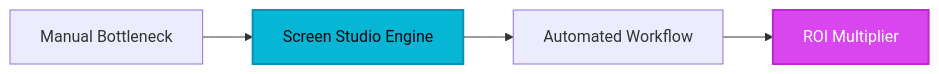
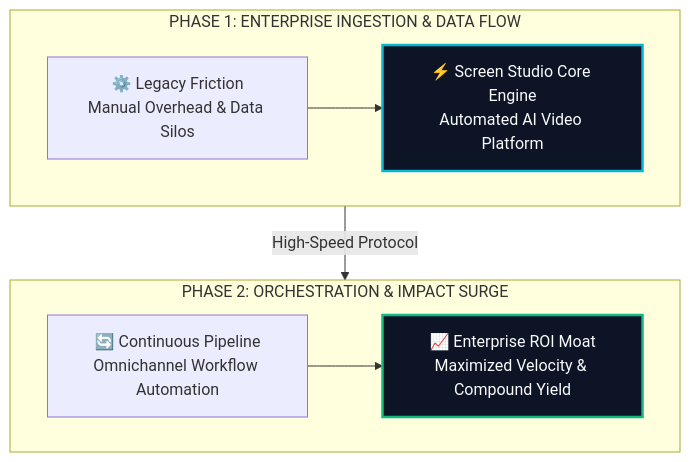
One commit to heliatech-media/saas-radar changed the diagram in site/src/content/blog/screen-studio-evolution-guide-2026.md. Above: the diagram before and after it, drawn with Mermaid. The commit also changed 97 other files, not shown here.

First line of the commit message:
feat(diagrams): upgrade all article architecture schemas to high-impact 2-tier responsive vector blueprints

````diff
--- a/site/src/content/blog/screen-studio-evolution-guide-2026.md
+++ b/site/src/content/blog/screen-studio-evolution-guide-2026.md
@@ -50,8 +50,14 @@
 ```mermaid
-flowchart LR
-    A[Manual Bottleneck] --> B[Screen Studio Engine]
-    B --> C[Automated Workflow]
-    C --> D[ROI Multiplier]
-    style B fill:#06b6d4,stroke:#0891b2,stroke-width:2px,color:#030712
-    style D fill:#d946ef,stroke:#c026d3,stroke-width:2px,color:#ffffff
+flowchart TD
+    subgraph S1["PHASE 1: ENTERPRISE INGESTION & DATA FLOW"]
+        direction LR
+        A["⚙️ Legacy Friction<br/>Manual Overhead & Data Silos"] --> B["⚡ Screen Studio Core Engine<br/>Automated AI Video Platform"]
+    end
+    subgraph S2["PHASE 2: ORCHESTRATION & IMPACT SURGE"]
+        direction LR
+        C["🔄 Continuous Pipeline<br/>Omnichannel Workflow Automation"] --> D["📈 Enterprise ROI Moat<br/>Maximized Velocity & Compound Yield"]
+    end
+    S1 -->|High-Speed Protocol| S2
+    style B fill:#0c1425,stroke:#06b6d4,stroke-width:2.5px,color:#f8fafc
+    style D fill:#0c1425,stroke:#10b981,stroke-width:2.5px,color:#f8fafc
 ```
````
